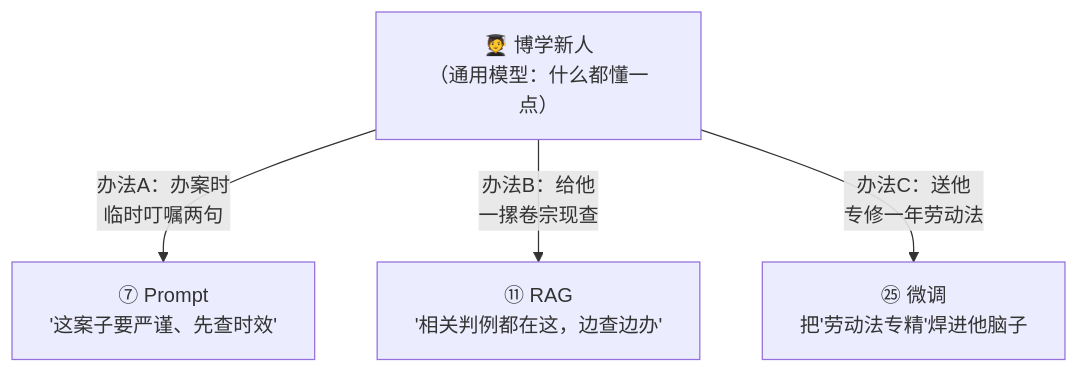
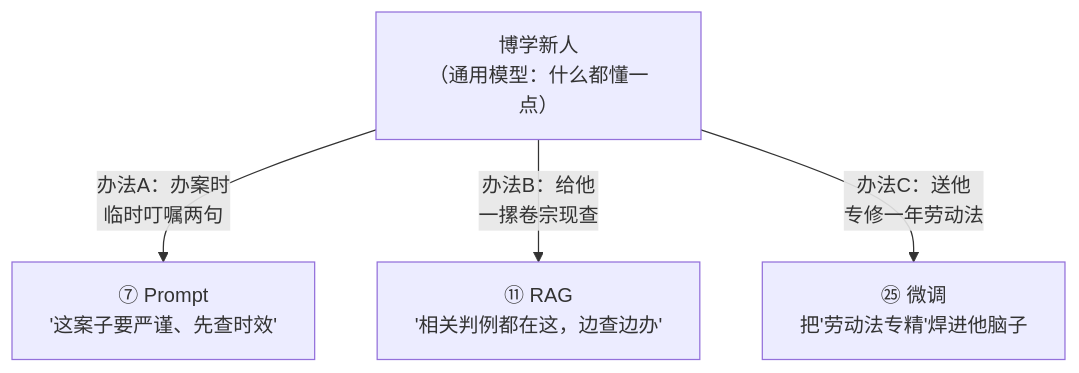
The fifth of 6 diagrams in docs/02_CONCEPTS_概念入门/CONCEPT/[CONCEPT-25] 什么是微调-FineTuning.md (luckykhy/KhyAiHub), drawn with Mermaid before and after one commit. The commit also changed other lines of this file, not shown here.

````diff
--- a/docs/02_CONCEPTS_概念入门/CONCEPT/[CONCEPT-25] 什么是微调-FineTuning.md
+++ b/docs/02_CONCEPTS_概念入门/CONCEPT/[CONCEPT-25] 什么是微调-FineTuning.md
@@ -249,7 +249,7 @@
 ```mermaid
 flowchart TB
-  NEW["🧑‍🎓 博学新人<br/>（通用模型：什么都懂一点）"]
+  NEW["博学新人<br/>（通用模型：什么都懂一点）"]
   NEW -->|"办法A：办案时<br/>临时叮嘱两句"| A["⑦ Prompt<br/>'这案子要严谨、先查时效'"]
   NEW -->|"办法B：给他<br/>一摞卷宗现查"| B["⑪ RAG<br/>'相关判例都在这，边查边办'"]
   NEW -->|"办法C：送他<br/>专修一年劳动法"| C["㉕ 微调<br/>把'劳动法专精'焊进他脑子"]
 ```
````
